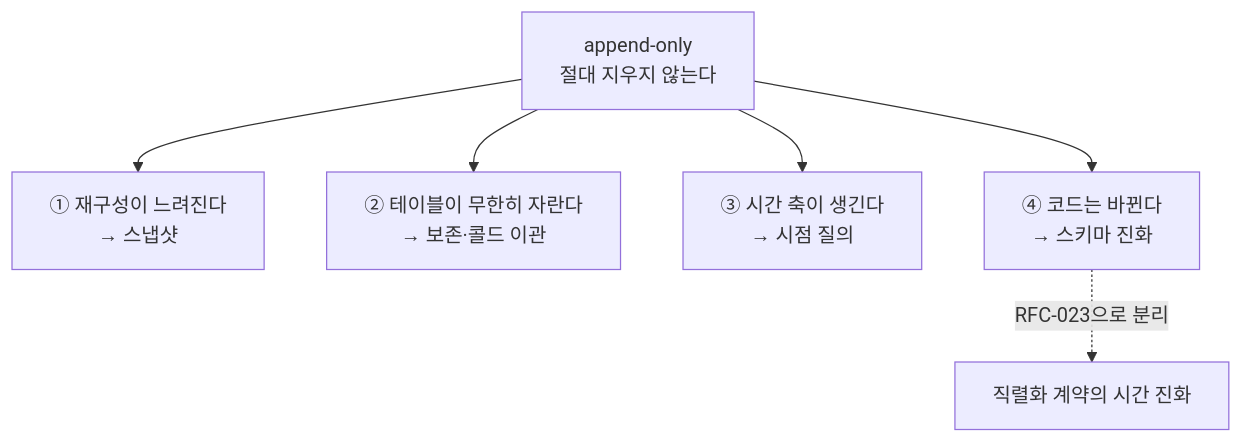
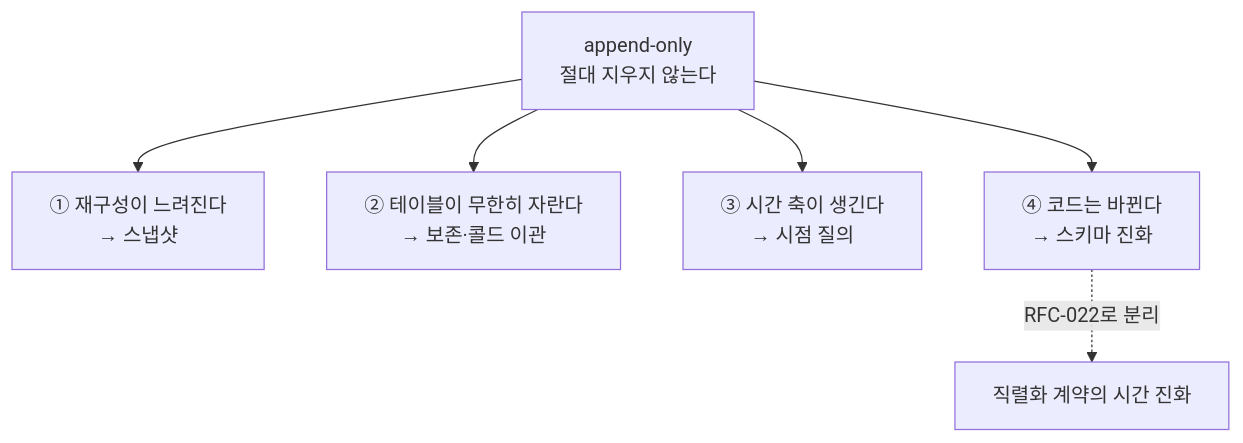
Before and after one commit to newkayak12/prototype-reservation-system: the second of 3 diagrams in docs/v2/rfc/RFC-004-event-store-schema-evolution.md, drawn with Mermaid. The commit also changed other lines of this file and 9 other files, not shown here.

````diff
--- a/docs/v2/rfc/RFC-004-event-store-schema-evolution.md
+++ b/docs/v2/rfc/RFC-004-event-store-schema-evolution.md
@@ -34,8 +34,8 @@
 ```mermaid
 graph TD
     AP[append-only<br/>절대 지우지 않는다] --> P1[① 재구성이 느려진다<br/>→ 스냅샷]
     AP --> P2[② 테이블이 무한히 자란다<br/>→ 보존·콜드 이관]
     AP --> P3[③ 시간 축이 생긴다<br/>→ 시점 질의]
     AP --> P4[④ 코드는 바뀐다<br/>→ 스키마 진화]
-    P4 -. RFC-023으로 분리 .-> OUT[직렬화 계약의 시간 진화]
+    P4 -. RFC-022로 분리 .-> OUT[직렬화 계약의 시간 진화]
 ```
````
